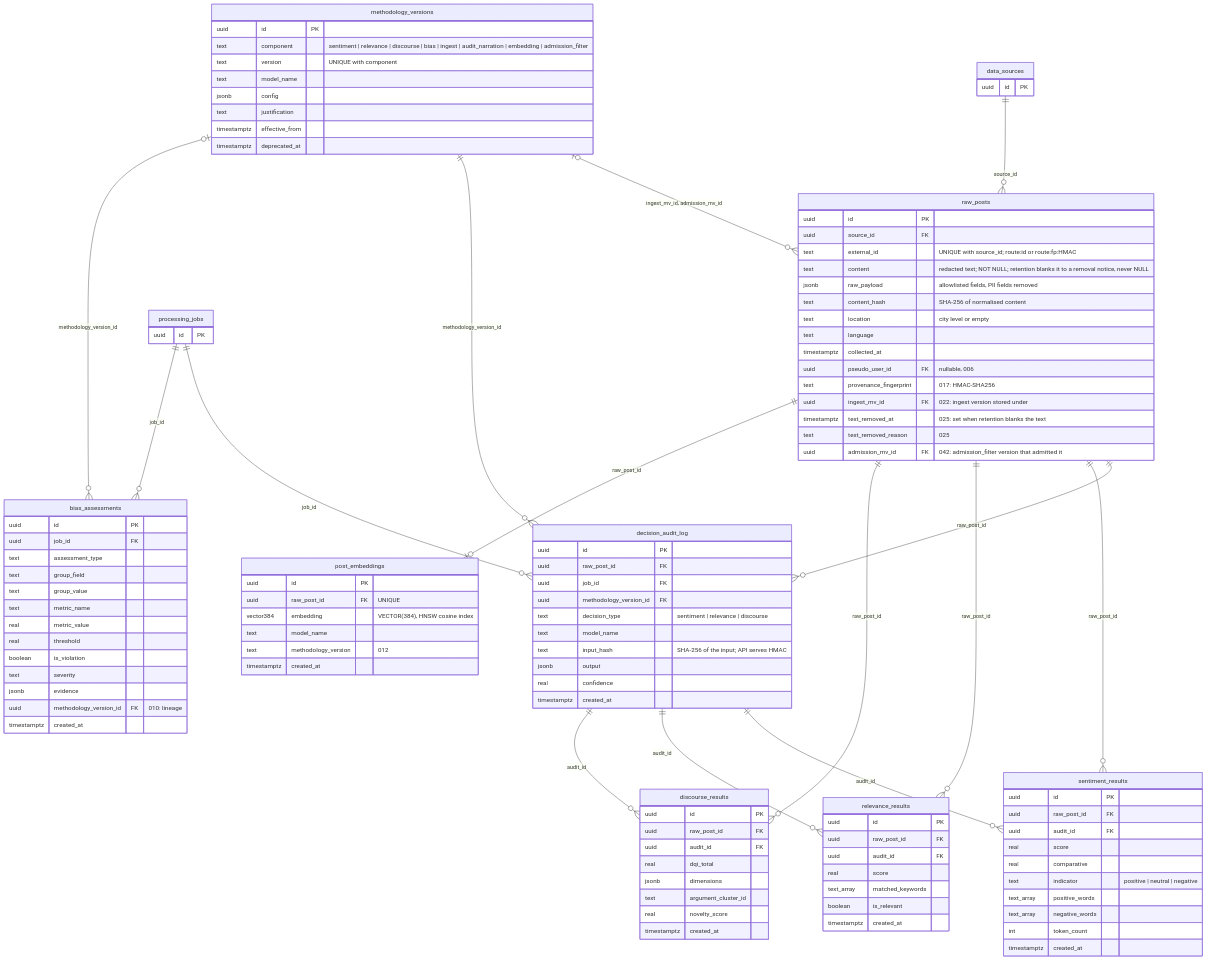
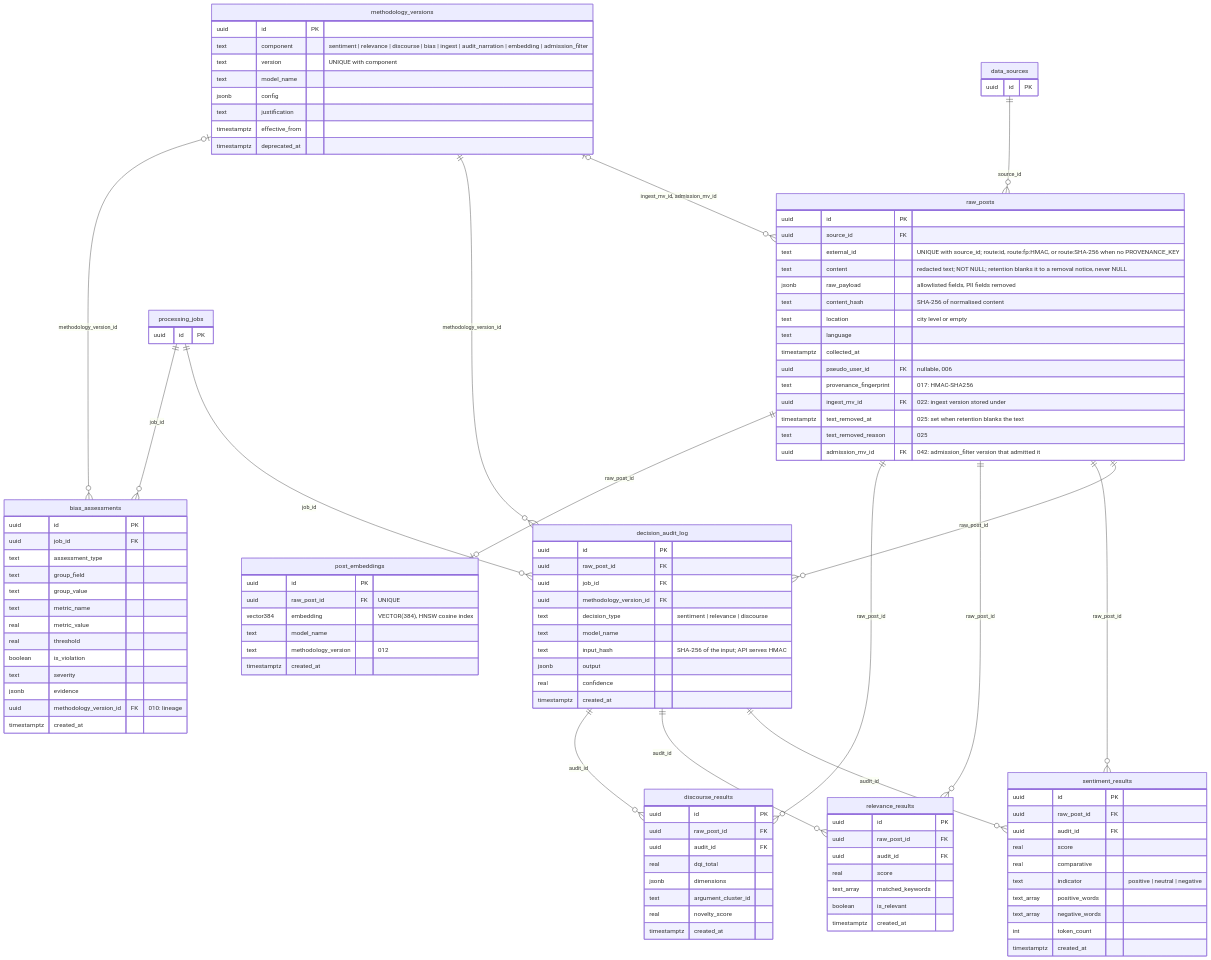
Before and after one commit to jennifer-mckinney/pulse-of-ai: the diagram in docs/diagrams/data/erd-2-posts-scores-audit.mmd, drawn with Mermaid. The commit also changed 35 other files, not shown here.

First line of the commit message:
Bring 12 diagrams in line with master through PR #34 (docs audit round 3)

```diff
--- a/docs/diagrams/data/erd-2-posts-scores-audit.mmd
+++ b/docs/diagrams/data/erd-2-posts-scores-audit.mmd
@@ -1,128 +1,128 @@
 %% Title: Data model 2 of 4 · posts, scores, audit trail, bias
 %% Summary: The immutable post, its three per-post scores, the decision audit log that ties every score to a registered methodology version, the embedding, and the job-level bias assessments.
 %% Sources: src/db/migrations/001, 002, 003, 004, 006, 010, 012, 017, 022, 025, 042; src/pipeline/ingest.js (insert), src/collectors/retention.js (blanking), src/config/methodology-registry.js (components). The rolling-window bias tables (060) are in data model 4. Spec: TECHNICAL_SPEC.md sections 6 and 10 (the explainability chain). data_sources and processing_jobs are shown with their keys only (full columns in data model 1).
 erDiagram
 
   raw_posts {
     uuid id PK
     uuid source_id FK
-    text external_id "UNIQUE with source_id; route:id or route:fp:HMAC"
+    text external_id "UNIQUE with source_id; route:id, route:fp:HMAC, or route:SHA-256 when no PROVENANCE_KEY"
     text content "redacted text; NOT NULL; retention blanks it to a removal notice, never NULL"
     jsonb raw_payload "allowlisted fields, PII fields removed"
     text content_hash "SHA-256 of normalised content"
     text location "city level or empty"
     text language
     timestamptz collected_at
     uuid pseudo_user_id FK "nullable, 006"
     text provenance_fingerprint "017: HMAC-SHA256"
     uuid ingest_mv_id FK "022: ingest version stored under"
     timestamptz text_removed_at "025: set when retention blanks the text"
     text text_removed_reason "025"
     uuid admission_mv_id FK "042: admission_filter version that admitted it"
   }
 
   decision_audit_log {
     uuid id PK
     uuid raw_post_id FK
     uuid job_id FK
     uuid methodology_version_id FK
     text decision_type "sentiment | relevance | discourse"
     text model_name
     text input_hash "SHA-256 of the input; API serves HMAC"
     jsonb output
     real confidence
     timestamptz created_at
   }
 
   methodology_versions {
     uuid id PK
     text component "sentiment | relevance | discourse | bias | ingest | audit_narration | embedding | admission_filter"
     text version "UNIQUE with component"
     text model_name
     jsonb config
     text justification
     timestamptz effective_from
     timestamptz deprecated_at
   }
 
   sentiment_results {
     uuid id PK
     uuid raw_post_id FK
     uuid audit_id FK
     real score
     real comparative
     text indicator "positive | neutral | negative"
     text_array positive_words
     text_array negative_words
     int token_count
     timestamptz created_at
   }
 
   relevance_results {
     uuid id PK
     uuid raw_post_id FK
     uuid audit_id FK
     real score
     text_array matched_keywords
     boolean is_relevant
     timestamptz created_at
   }
 
   discourse_results {
     uuid id PK
     uuid raw_post_id FK
     uuid audit_id FK
     real dqi_total
     jsonb dimensions
     text argument_cluster_id
     real novelty_score
     timestamptz created_at
   }
 
   post_embeddings {
     uuid id PK
     uuid raw_post_id FK "UNIQUE"
     vector384 embedding "VECTOR(384), HNSW cosine index"
     text model_name
     text methodology_version "012"
     timestamptz created_at
   }
 
   bias_assessments {
     uuid id PK
     uuid job_id FK
     text assessment_type
     text group_field
     text group_value
     text metric_name
     real metric_value
     real threshold
     boolean is_violation
     text severity
     jsonb evidence
     uuid methodology_version_id FK "010: lineage"
     timestamptz created_at
   }
 
   data_sources {
     uuid id PK
   }
 
   processing_jobs {
     uuid id PK
   }
 
   data_sources ||--o{ raw_posts : "source_id"
   methodology_versions |o--o{ raw_posts : "ingest_mv_id, admission_mv_id"
   raw_posts ||--o{ decision_audit_log : "raw_post_id"
   processing_jobs ||--o{ decision_audit_log : "job_id"
   methodology_versions ||--o{ decision_audit_log : "methodology_version_id"
   raw_posts ||--o{ sentiment_results : "raw_post_id"
   raw_posts ||--o{ relevance_results : "raw_post_id"
   raw_posts ||--o{ discourse_results : "raw_post_id"
   decision_audit_log ||--o{ sentiment_results : "audit_id"
   decision_audit_log ||--o{ relevance_results : "audit_id"
   decision_audit_log ||--o{ discourse_results : "audit_id"
   raw_posts ||--o| post_embeddings : "raw_post_id"
   processing_jobs ||--o{ bias_assessments : "job_id"
   methodology_versions |o--o{ bias_assessments : "methodology_version_id"
```
